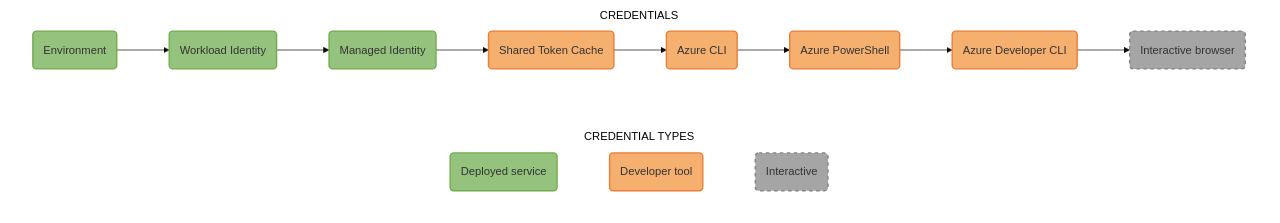
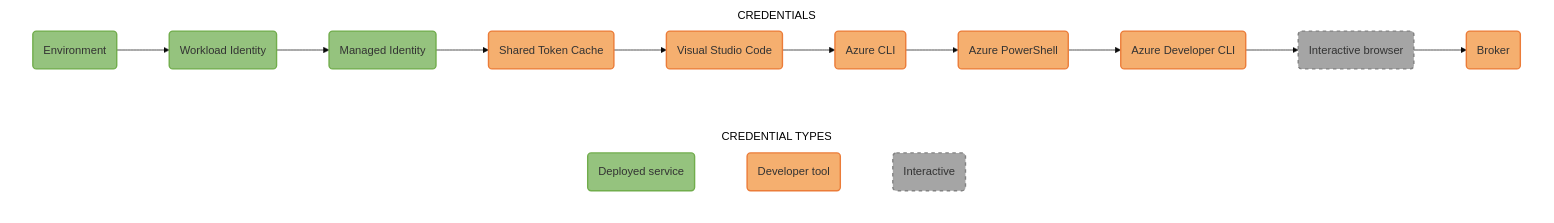
One commit to MicrosoftDocs/azure-dev-docs changed the diagram in articles/python/sdk/mermaidjs/default-azure-credential-auth-flow.md. Above: the diagram before and after it, drawn with Mermaid. The commit also changed 7 other files, not shown here.

Commit message:
Update Python credential chains doc for 1.24.0 release

````diff
--- a/articles/python/sdk/mermaidjs/default-azure-credential-auth-flow.md
+++ b/articles/python/sdk/mermaidjs/default-azure-credential-auth-flow.md
@@ -1,46 +1,59 @@
 ```mermaid
 %% STEPS TO GENERATE IMAGE
 %% =======================
 %% 1. Install mermaid CLI v10.9.1 (see https://github.com/mermaid-js/mermaid-cli/blob/master/README.md):
 %%    npm i -g @mermaid-js/mermaid-cli@10.9.1
-%% 2. Run command: mmdc -i default-azure-credential-auth-flow.md -o ../../media/mermaidjs/default-azure-credential-auth-flow.svg
+%% 2. Run commands:
+%%    mmdc -i default-azure-credential-auth-flow.md -o ../../media/mermaidjs/default-azure-credential-auth-flow-inline.svg
+%%    mmdc -i default-azure-credential-auth-flow.md -o ../../media/mermaidjs/default-azure-credential-auth-flow-expanded.png -w 1156
 
 %%{
   init: {
     'theme': 'base',
     'themeVariables': {
       'tertiaryBorderColor': '#fff',
       'tertiaryColor': '#fff'
     }
   }
 }%%
 
 flowchart LR;
     accTitle: DefaultAzureCredential authentication flow;
     accDescr: Flowchart showing the credential chain implemented by DefaultAzureCredential;
 
     subgraph CREDENTIAL TYPES;
         direction LR;
         Deployed(Deployed service):::deployed ~~~ Developer(Developer tool):::developer ~~~ Interactive(Interactive):::interactive;
     end;
 
     subgraph CREDENTIALS;
         direction LR;
-        A(Environment):::deployed --> B(Workload Identity):::deployed --> C(Managed Identity):::deployed --> D(Shared Token Cache):::developer --> E(Azure CLI):::developer --> F(Azure PowerShell):::developer --> G(Azure Developer CLI):::developer --> H(Interactive browser):::interactive;
+        A(Environment):::deployed -->
+        B(Workload Identity):::deployed -->
+        C(Managed Identity):::deployed -->
+        D(Shared Token Cache):::developer -->
+        E(Visual Studio Code):::developer -->
+        F(Azure CLI):::developer -->
+        G(Azure PowerShell):::developer -->
+        H(Azure Developer CLI):::developer -->
+        I(Interactive browser):::interactive -->
+        J(Broker):::developer;
     end;
 
     %% Define styles for credential type boxes
     classDef deployed fill:#95C37E, stroke:#71AD4C, stroke-width:2px;
     classDef developer fill:#F5AF6F, stroke:#EB7C39, stroke-width:2px;
     classDef interactive fill:#A5A5A5, stroke:#828282, stroke-dasharray:5 5, stroke-width:2px;
 
     %% Add API ref links to credential type boxes
     click A "https://learn.microsoft.com/python/api/azure-identity/azure.identity.environmentcredential?view=azure-python" _blank;
     click B "https://learn.microsoft.com/python/api/azure-identity/azure.identity.workloadidentitycredential?view=azure-python" _blank;
     click C "https://learn.microsoft.com/python/api/azure-identity/azure.identity.managedidentitycredential?view=azure-python" _blank;
     click D "https://learn.microsoft.com/python/api/azure-identity/azure.identity.sharedtokencachecredential?view=azure-python" _blank;
-    click E "https://learn.microsoft.com/python/api/azure-identity/azure.identity.azureclicredential?view=azure-python" _blank;
-    click F "https://learn.microsoft.com/python/api/azure-identity/azure.identity.azurepowershellcredential?view=azure-python" _blank;
-    click G "https://learn.microsoft.com/python/api/azure-identity/azure.identity.azuredeveloperclicredential?view=azure-python" _blank
-    click H "https://learn.microsoft.com/python/api/azure-identity/azure.identity.interactivebrowsercredential?view=azure-python" _blank;
+    click E "https://learn.microsoft.com/python/api/azure-identity/azure.identity.visualstudiocodecredential?view=azure-python" _blank;
+    click F "https://learn.microsoft.com/python/api/azure-identity/azure.identity.azureclicredential?view=azure-python" _blank;
+    click G "https://learn.microsoft.com/python/api/azure-identity/azure.identity.azurepowershellcredential?view=azure-python" _blank;
+    click H "https://learn.microsoft.com/python/api/azure-identity/azure.identity.azuredeveloperclicredential?view=azure-python" _blank
+    click I "https://learn.microsoft.com/python/api/azure-identity/azure.identity.interactivebrowsercredential?view=azure-python" _blank;
+    click J "https://learn.microsoft.com/python/api/azure-identity-broker/azure.identity.broker.interactivebrowserbrokercredential?view=azure-python" _blank;
 ```
````
